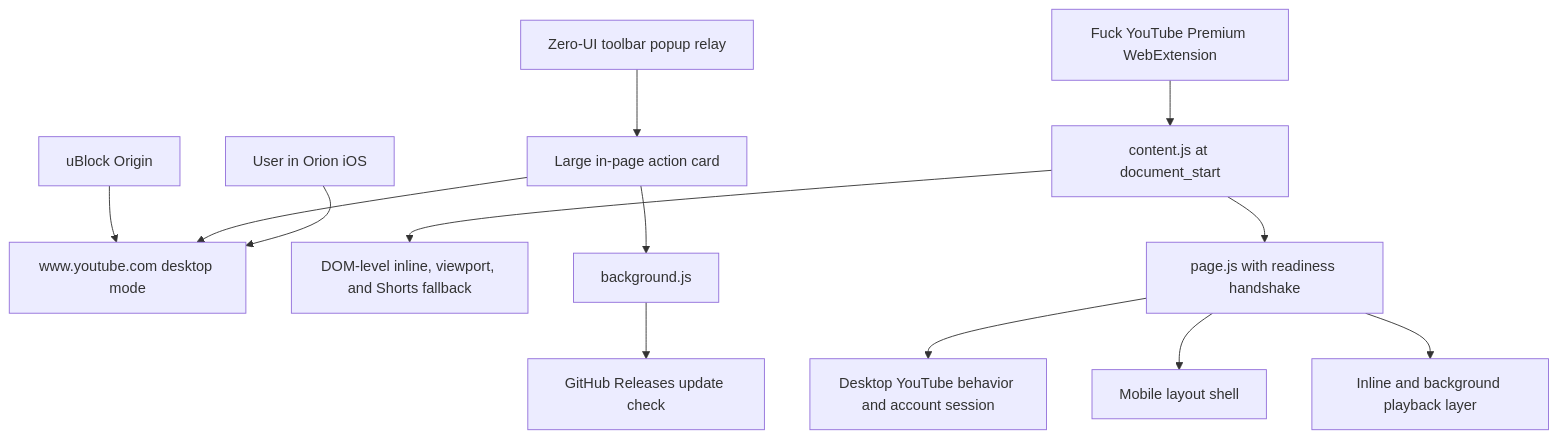
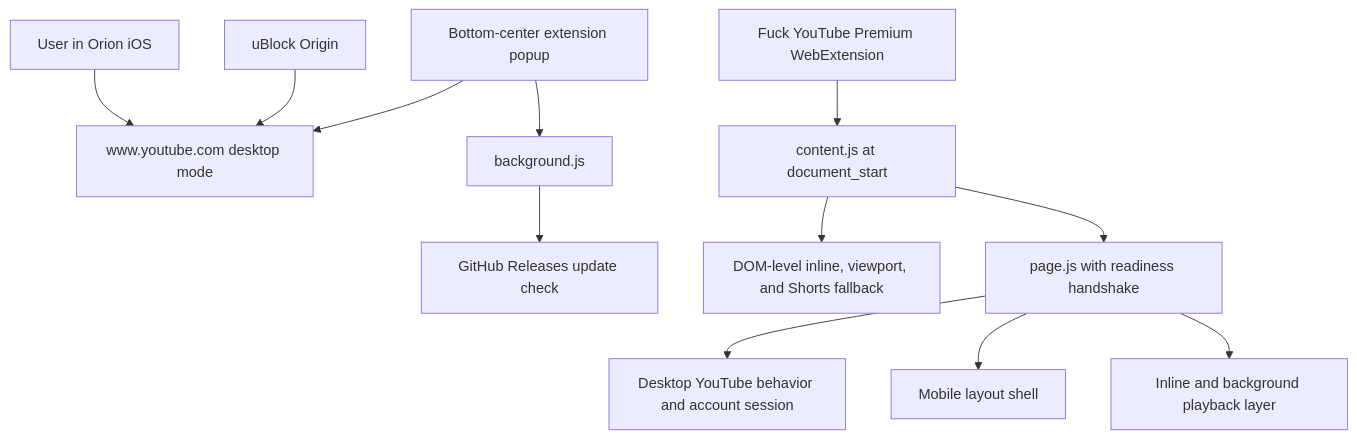
One commit to aditauqir/fyp changed the diagram in ARCHITECTURE.md. Above: the diagram before and after it, drawn with Mermaid. The commit also changed other lines of this file and 30 other files, not shown here.

Commit message:
Fix comments and restore extension popup in 2.0.14

````diff
--- a/ARCHITECTURE.md
+++ b/ARCHITECTURE.md
@@ -20,15 +20,14 @@
 ```mermaid
 flowchart TD
     U["User in Orion iOS"] --> O["www.youtube.com desktop mode"]
     E["Fuck YouTube Premium WebExtension"] --> C["content.js at document_start"]
     C --> F["DOM-level inline, viewport, and Shorts fallback"]
     C --> P["page.js with readiness handshake"]
     P --> B["Desktop YouTube behavior and account session"]
     P --> M["Mobile layout shell"]
     P --> V["Inline and background playback layer"]
     W["background.js"] --> G["GitHub Releases update check"]
-    R["Zero-UI toolbar popup relay"] --> X["Large in-page action card"]
-    X --> O
+    X["Bottom-center extension popup"] --> O
     X --> W
     A["uBlock Origin"] --> O
 ```
````
